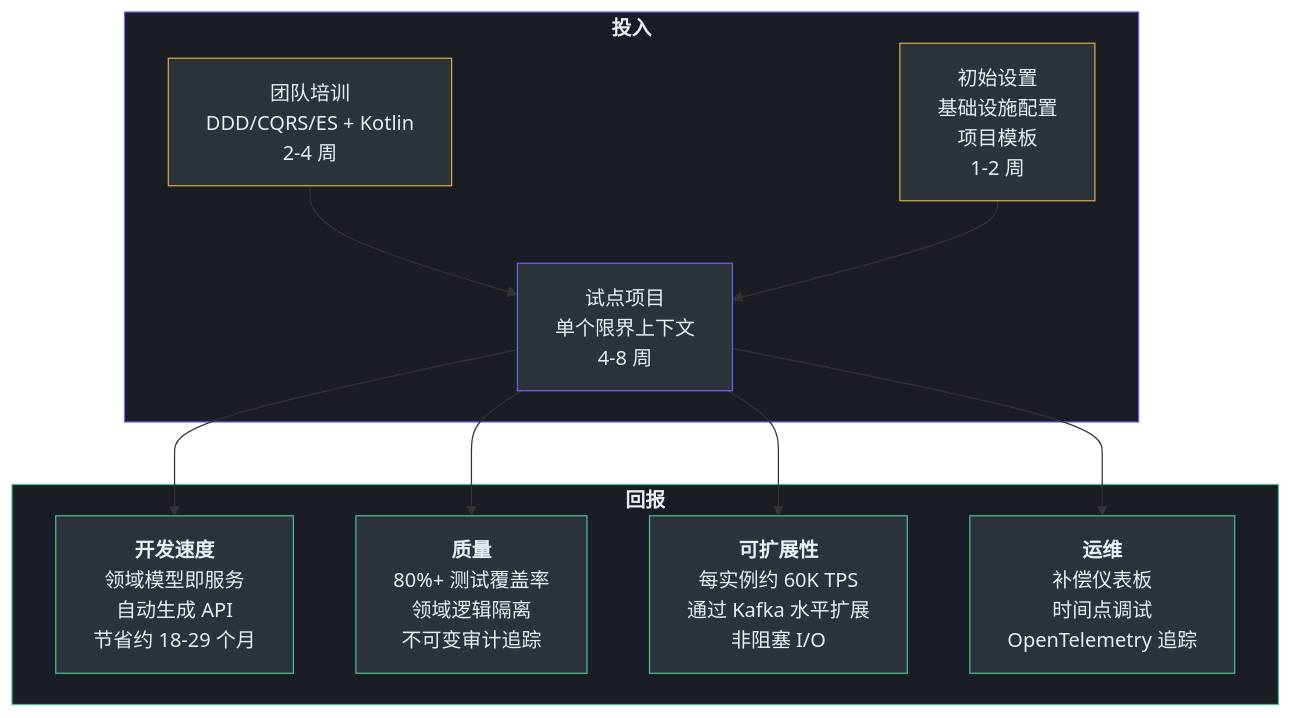
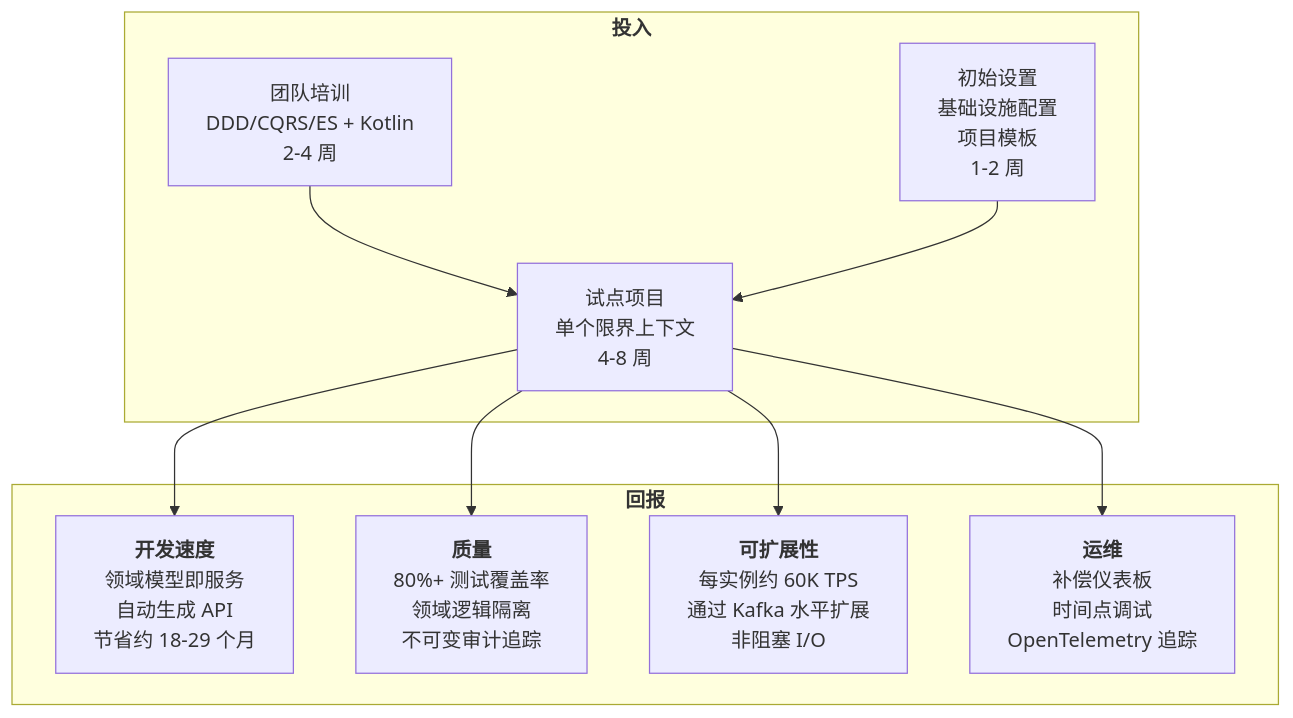
One commit to Ahoo-Wang/Wow changed the fifth of 7 diagrams in documentation/docs/zh/onboarding/executive-guide.md. Above: the diagram before and after it, drawn with Mermaid. The commit also changed other lines of this file and 32 other files, not shown here.

Commit message:
docs: remove unsupported style/classDef directives from stateDiagram-v2 Mermaid blocks

````diff
--- a/documentation/docs/zh/onboarding/executive-guide.md
+++ b/documentation/docs/zh/onboarding/executive-guide.md
@@ -275,32 +240,23 @@
 ```mermaid
 graph TB
     subgraph INVEST["<b>投入</b>"]
         TRAIN["团队培训<br>DDD/CQRS/ES + Kotlin<br>2-4 周"]
         SETUP["初始设置<br>基础设施配置<br>项目模板<br>1-2 周"]
         PILOT["试点项目<br>单个限界上下文<br>4-8 周"]
     end
 
     subgraph RETURN["<b>回报</b>"]
         R1["<b>开发速度</b><br>领域模型即服务<br>自动生成 API<br>节省约 18-29 个月"]
         R2["<b>质量</b><br>80%+ 测试覆盖率<br>领域逻辑隔离<br>不可变审计追踪"]
         R3["<b>可扩展性</b><br>每实例约 60K TPS<br>通过 Kafka 水平扩展<br>非阻塞 I/O"]
         R4["<b>运维</b><br>补偿仪表板<br>时间点调试<br>OpenTelemetry 追踪"]
     end
 
     TRAIN --> PILOT
     SETUP --> PILOT
     PILOT --> R1
     PILOT --> R2
     PILOT --> R3
     PILOT --> R4
 
-    style INVEST fill:#1a1d23,stroke:#6d5dfc,color:#e6edf3
-    style RETURN fill:#1a1d23,stroke:#4aba8a,color:#e6edf3
-    style TRAIN fill:#2d333b,stroke:#d4a84b,color:#e6edf3
-    style SETUP fill:#2d333b,stroke:#d4a84b,color:#e6edf3
-    style PILOT fill:#2d333b,stroke:#6d5dfc,color:#e6edf3
-    style R1 fill:#2d333b,stroke:#4aba8a,color:#e6edf3
-    style R2 fill:#2d333b,stroke:#4aba8a,color:#e6edf3
-    style R3 fill:#2d333b,stroke:#4aba8a,color:#e6edf3
-    style R4 fill:#2d333b,stroke:#4aba8a,color:#e6edf3
 ```
````
